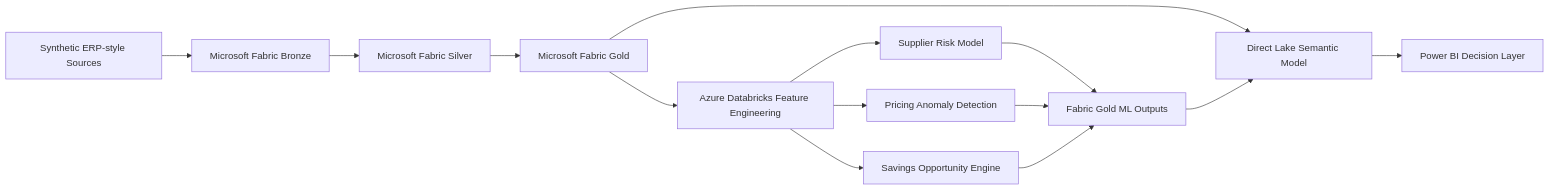
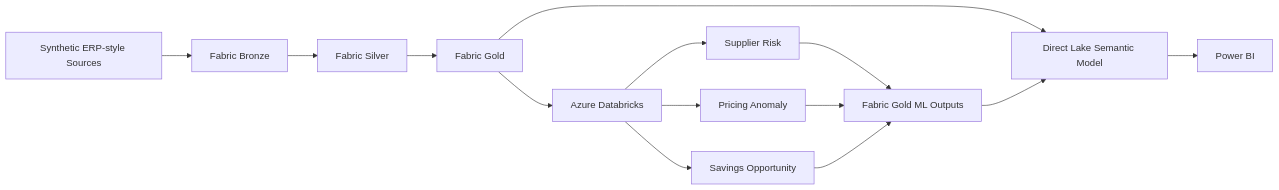
One commit to RyanPadma/procurement-intelligence-platform changed the first of 2 diagrams in README.md. Above: the diagram before and after it, drawn with Mermaid. The commit also changed other lines of this file, not shown here.

````diff
--- a/README.md
+++ b/README.md
@@ -46,19 +70,19 @@
 ```mermaid
 flowchart LR
-    A[Synthetic ERP-style Sources] --> B[Microsoft Fabric Bronze]
-    B --> C[Microsoft Fabric Silver]
-    C --> D[Microsoft Fabric Gold]
+    A[Synthetic ERP-style Sources] --> B[Fabric Bronze]
+    B --> C[Fabric Silver]
+    C --> D[Fabric Gold]
 
-    D --> E[Azure Databricks Feature Engineering]
-    E --> F[Supplier Risk Model]
-    E --> G[Pricing Anomaly Detection]
-    E --> H[Savings Opportunity Engine]
+    D --> E[Azure Databricks]
+    E --> F[Supplier Risk]
+    E --> G[Pricing Anomaly]
+    E --> H[Savings Opportunity]
 
     F --> I[Fabric Gold ML Outputs]
     G --> I
     H --> I
 
     D --> J[Direct Lake Semantic Model]
     I --> J
-    J --> K[Power BI Decision Layer]
+    J --> K[Power BI]
 ```
````
